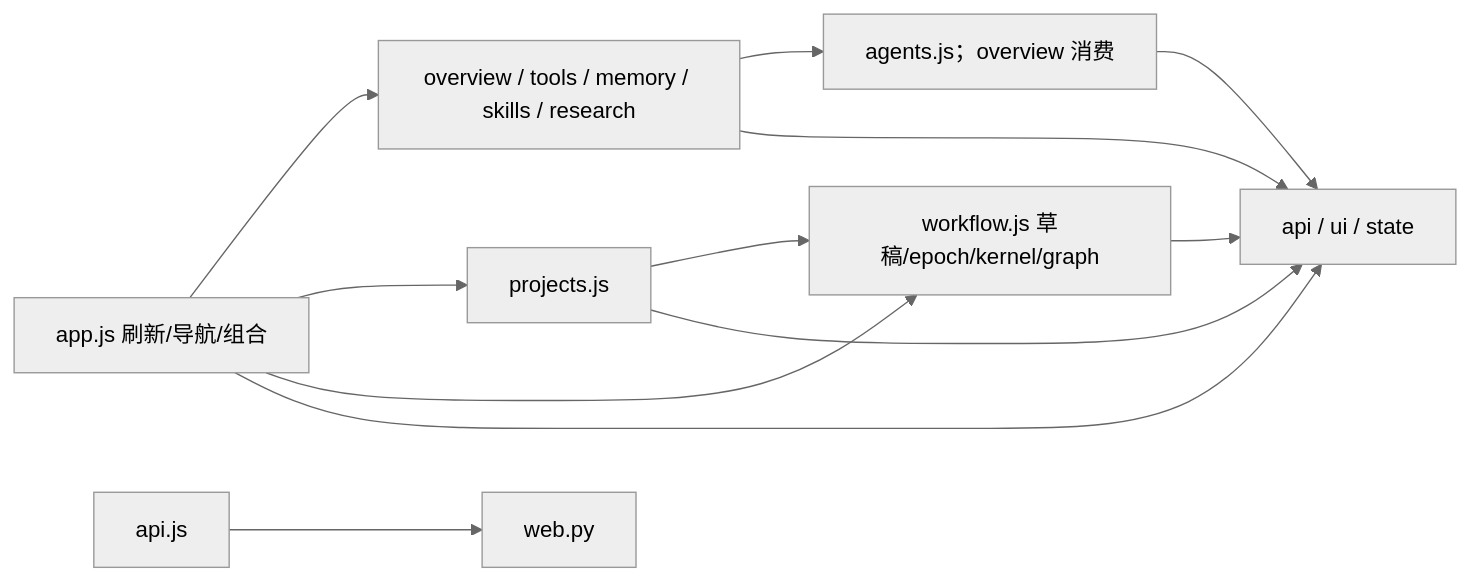
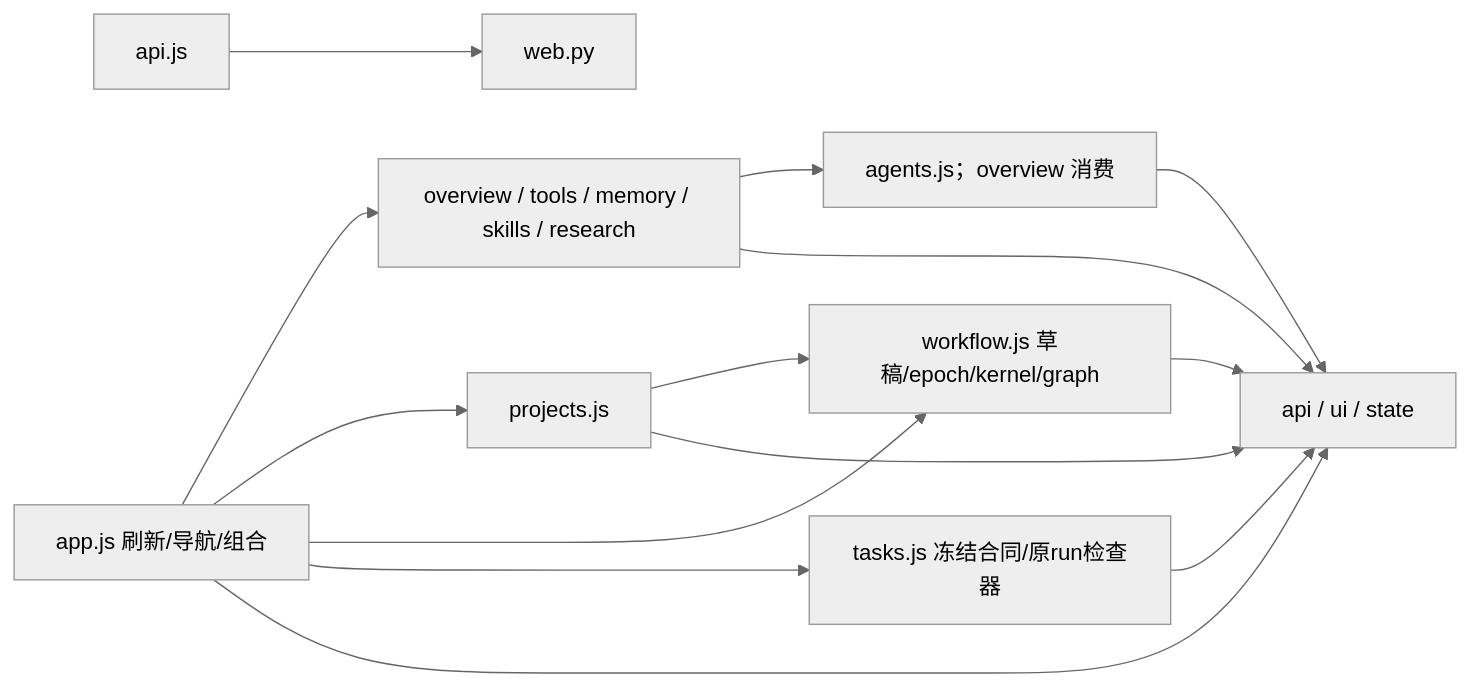
One commit to 626619403/Ergora changed the second of 4 diagrams in docs/architecture/current.md. Above: the diagram before and after it, drawn with Mermaid (neutral theme). The commit also changed other lines of this file and 13 other files, not shown here.

````diff
--- a/docs/architecture/current.md
+++ b/docs/architecture/current.md
@@ -99,14 +99,16 @@
 ```mermaid
 flowchart LR
   App[app.js 刷新/导航/组合] --> Views[overview / tools / memory / skills / research]
   App --> Projects[projects.js]
   App --> Workflow[workflow.js 草稿/epoch/kernel/graph]
+  App --> Tasks[tasks.js 冻结合同/原run检查器]
   Projects --> Workflow
   Views --> Agents[agents.js；overview 消费]
   App --> Shared[api / ui / state]
   Views --> Shared
   Projects --> Shared
   Workflow --> Shared
+  Tasks --> Shared
   Agents --> Shared
   API[api.js] --> HTTP[web.py]
 ```
````
